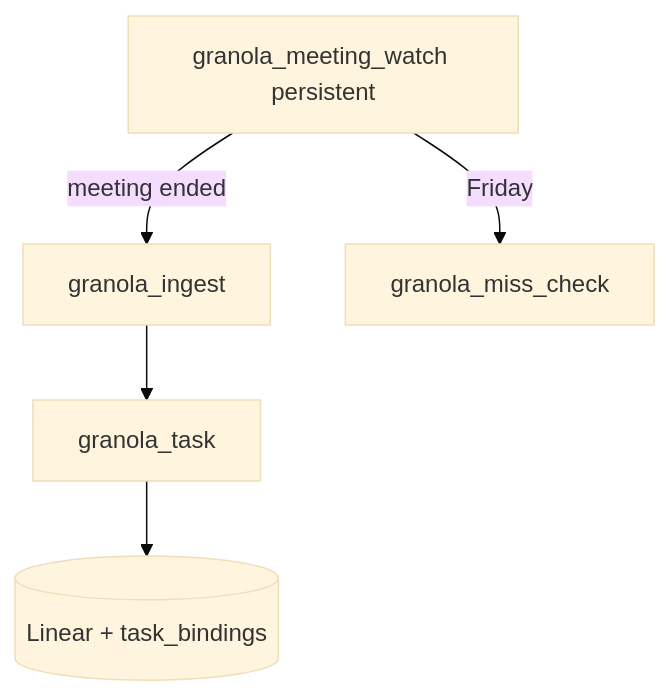
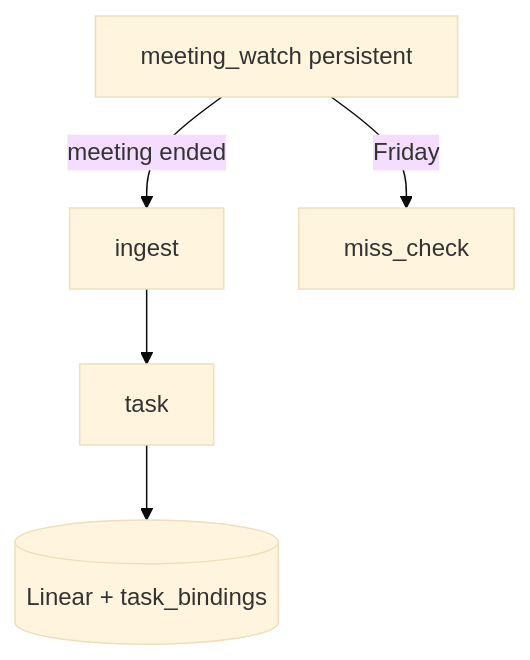
The second of 4 diagrams in docs/agents/operations.md (NickyHeC/4r7a), drawn with Mermaid (base theme) before and after one commit. The commit also changed other lines of this file and 97 other files, not shown here.

````diff
--- a/docs/agents/operations.md
+++ b/docs/agents/operations.md
@@ -483,7 +486,7 @@
 ```mermaid
 flowchart TD
-  GMW[granola_meeting_watch persistent] -->|meeting ended| GI[granola_ingest]
-  GMW -->|Friday| MC[granola_miss_check]
-  GI --> GT[granola_task]
+  GMW[meeting_watch persistent] -->|meeting ended| GI[ingest]
+  GMW -->|Friday| MC[miss_check]
+  GI --> GT[task]
   GT --> Linear[(Linear + task_bindings)]
 ```
````
